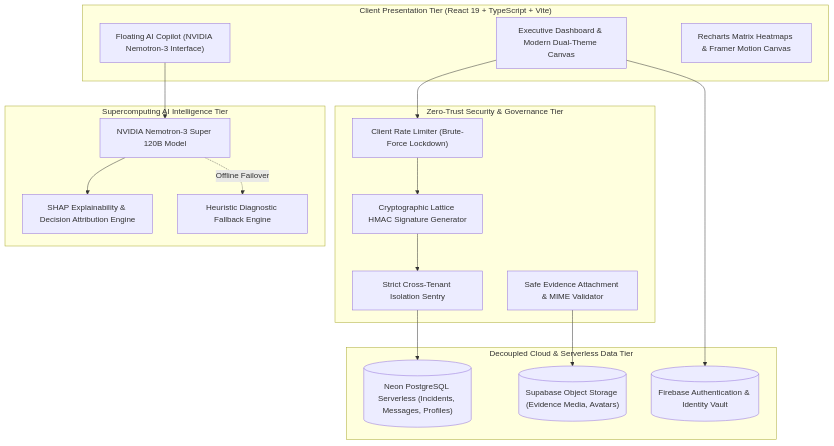
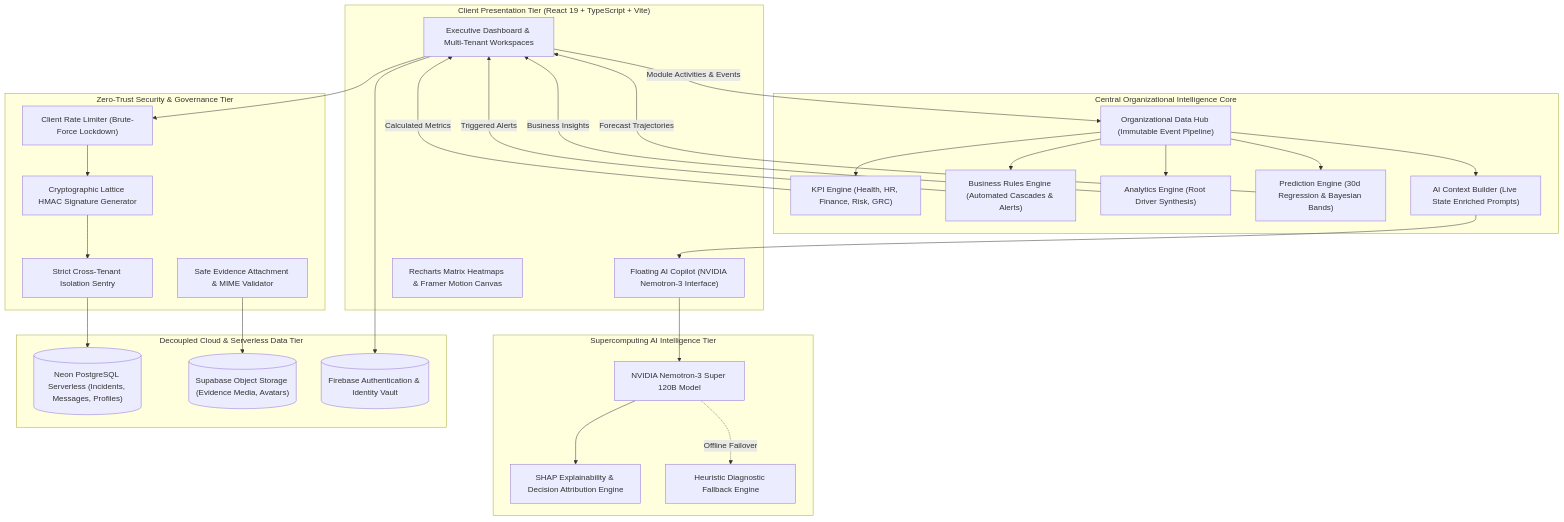
The diagram in README.md (Sofiya-jahan/ORBIS), drawn with Mermaid before and after one commit. The commit also changed other lines of this file and 22 other files, not shown here.

First line of the commit message:
feat(architecture): transform ORBIS into a data-driven enterprise organizational intelligence platform

````diff
--- a/README.md
+++ b/README.md
@@ -146,34 +247,56 @@
 ```mermaid
 flowchart TB
     subgraph Client ["Client Presentation Tier (React 19 + TypeScript + Vite)"]
-        UI["Executive Dashboard & Modern Dual-Theme Canvas"]
+        UI["Executive Dashboard & Multi-Tenant Workspaces"]
         CopilotUI["Floating AI Copilot (NVIDIA Nemotron-3 Interface)"]
         Visuals["Recharts Matrix Heatmaps & Framer Motion Canvas"]
+    end
+
+    subgraph Intelligence ["Central Organizational Intelligence Core"]
+        DataHub["Organizational Data Hub (Immutable Event Pipeline)"]
+        KPIEngine["KPI Engine (Health, HR, Finance, Risk, GRC)"]
+        RulesEngine["Business Rules Engine (Automated Cascades & Alerts)"]
+        AnalyticsEngine["Analytics Engine (Root Driver Synthesis)"]
+        PredictionEngine["Prediction Engine (30d Regression & Bayesian Bands)"]
+        AIContext["AI Context Builder (Live State Enriched Prompts)"]
     end
 
     subgraph Security ["Zero-Trust Security & Governance Tier"]
         AuthSentry["Client Rate Limiter (Brute-Force Lockdown)"]
         CryptoSession["Cryptographic Lattice HMAC Signature Generator"]
         TenantGuard["Strict Cross-Tenant Isolation Sentry"]
         FileSieve["Safe Evidence Attachment & MIME Validator"]
     end
 
     subgraph AI ["Supercomputing AI Intelligence Tier"]
         Nemotron["NVIDIA Nemotron-3 Super 120B Model"]
         XAI["SHAP Explainability & Decision Attribution Engine"]
         LocalCache["Heuristic Diagnostic Fallback Engine"]
     end
 
     subgraph Persistence ["Decoupled Cloud & Serverless Data Tier"]
         NeonDB[("Neon PostgreSQL Serverless (Incidents, Messages, Profiles)")]
         Supabase[("Supabase Object Storage (Evidence Media, Avatars)")]
         Firebase[("Firebase Authentication & Identity Vault")]
     end
 
+    UI -->|Module Activities & Events| DataHub
+    DataHub --> KPIEngine
+    DataHub --> RulesEngine
+    DataHub --> AnalyticsEngine
+    DataHub --> PredictionEngine
+    DataHub --> AIContext
+
+    KPIEngine -->|Calculated Metrics| UI
+    RulesEngine -->|Triggered Alerts| UI
+    AnalyticsEngine -->|Business Insights| UI
+    PredictionEngine -->|Forecast Trajectories| UI
+    AIContext --> CopilotUI
+
     UI --> AuthSentry --> CryptoSession --> TenantGuard
     TenantGuard --> NeonDB
     FileSieve --> Supabase
     CopilotUI --> Nemotron --> XAI
     Nemotron -.->|Offline Failover| LocalCache
     UI --> Firebase
 ```
````
